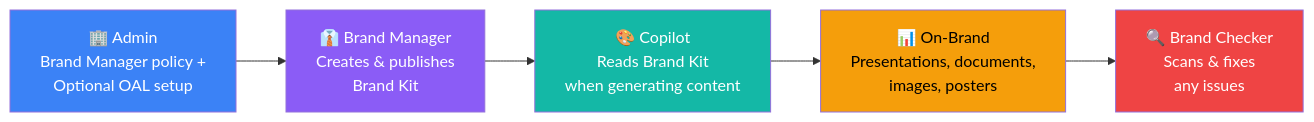
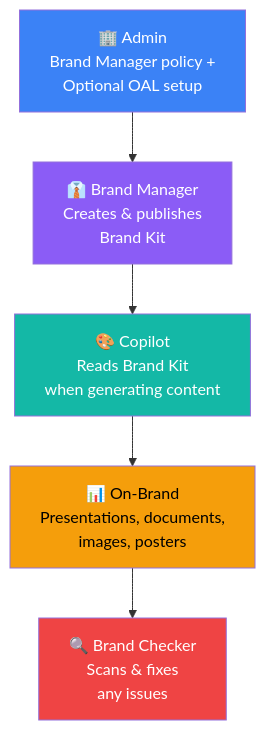
The first of 2 diagrams in content/blog/microsoft-365-copilot-brand-kit-complete-guide.md (susanthgit/aguidetocloud-revamp), drawn with Mermaid before and after one commit. The commit also changed other lines of this file, not shown here.

First line of the commit message:
Update Brand Kit blog: PowerPoint/Word/Excel Agents, vertical diagram

````diff
--- a/content/blog/microsoft-365-copilot-brand-kit-complete-guide.md
+++ b/content/blog/microsoft-365-copilot-brand-kit-complete-guide.md
@@ -107,12 +107,14 @@
 ```mermaid
-flowchart LR
-    A["🏢 Admin<br/>Brand Manager policy +<br/>Optional OAL setup"] --> B["👔 Brand Manager<br/>Creates & publishes<br/>Brand Kit"]
-    B --> C["🎨 Copilot<br/>Reads Brand Kit<br/>when generating content"]
-    C --> D["📊 On-Brand<br/>Presentations, documents,<br/>images, posters"]
-    D --> E["🔍 Brand Checker<br/>Scans & fixes<br/>any issues"]
+flowchart TD
+    A["🏢 Admin<br/>Brand Manager policy +<br/>Optional OAL setup"]
+    B["👔 Brand Manager<br/>Creates & publishes<br/>Brand Kit"]
+    C["🎨 Copilot<br/>Reads Brand Kit<br/>when generating content"]
+    D["📊 On-Brand<br/>Presentations, documents,<br/>images, posters"]
+    E["🔍 Brand Checker<br/>Scans & fixes<br/>any issues"]
+    A --> B --> C --> D --> E
     style A fill:#3B82F6,color:#ffffff
     style B fill:#8B5CF6,color:#ffffff
     style C fill:#14B8A6,color:#ffffff
     style D fill:#F59E0B,color:#000000
     style E fill:#EF4444,color:#ffffff
 ```
````
